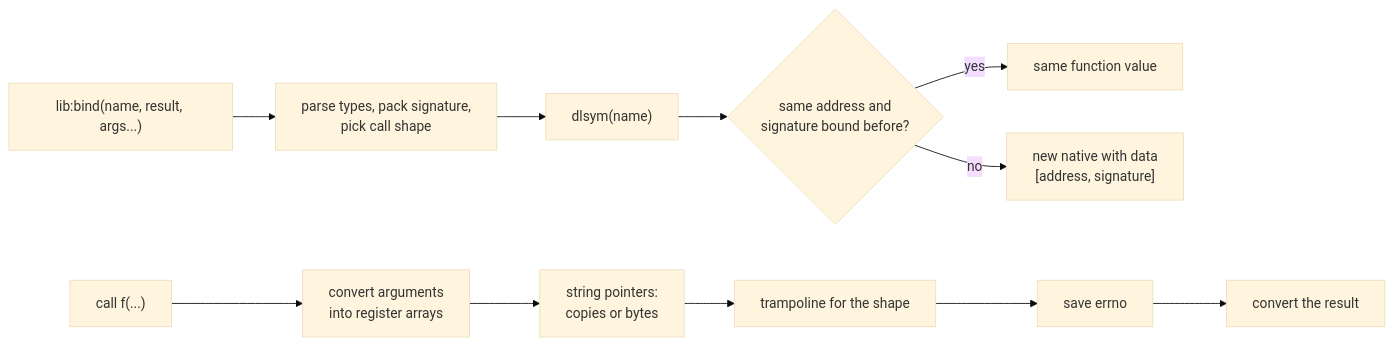
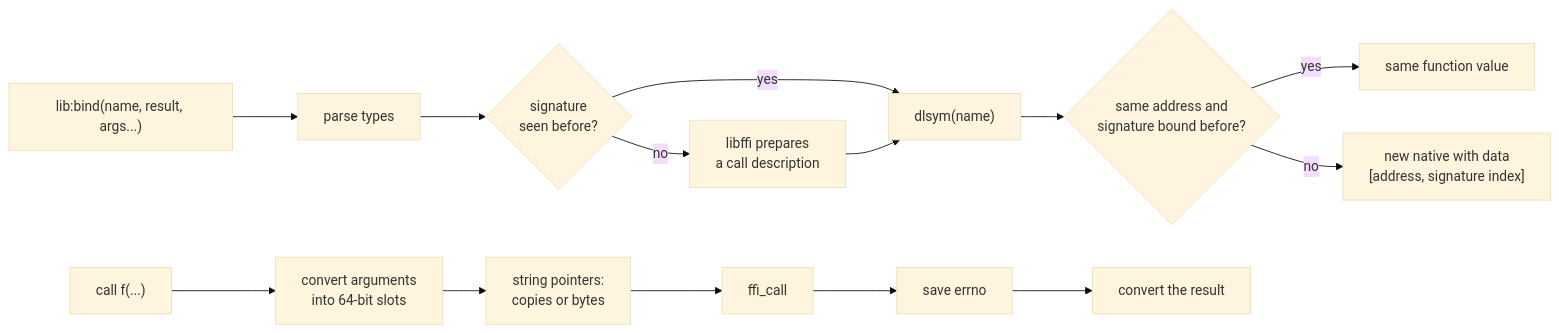
The diagram in docs/design/ffi.md (orbitscript-lang/OrbitScript), drawn with Mermaid (base theme) before and after one commit. The commit also changed other lines of this file and 10 other files, not shown here.

First line of the commit message:
ffi: make calls through libffi instead of our own trampolines

````diff
--- a/docs/design/ffi.md
+++ b/docs/design/ffi.md
@@ -91,13 +90,16 @@
 ```mermaid
 flowchart LR
-    bind["lib:bind(name, result, args...)"] --> parse["parse types, pack signature,<br/>pick call shape"]
-    parse --> dlsym["dlsym(name)"]
+    bind["lib:bind(name, result, args...)"] --> parse["parse types"]
+    parse --> sig{"signature<br/>seen before?"}
+    sig -- no --> cif["libffi prepares<br/>a call description"]
+    sig -- yes --> dlsym
+    cif --> dlsym["dlsym(name)"]
     dlsym --> intern{"same address and<br/>signature bound before?"}
     intern -- yes --> same["same function value"]
-    intern -- no --> native["new native with data<br/>[address, signature]"]
-    call["call f(...)"] --> conv["convert arguments<br/>into register arrays"]
+    intern -- no --> native["new native with data<br/>[address, signature index]"]
+    call["call f(...)"] --> conv["convert arguments<br/>into 64-bit slots"]
     conv --> strs["string pointers:<br/>copies or bytes"]
-    strs --> tramp["trampoline for the shape"]
-    tramp --> errno["save errno"]
+    strs --> ffi_call["ffi_call"]
+    ffi_call --> errno["save errno"]
     errno --> res["convert the result"]
 ```
````
